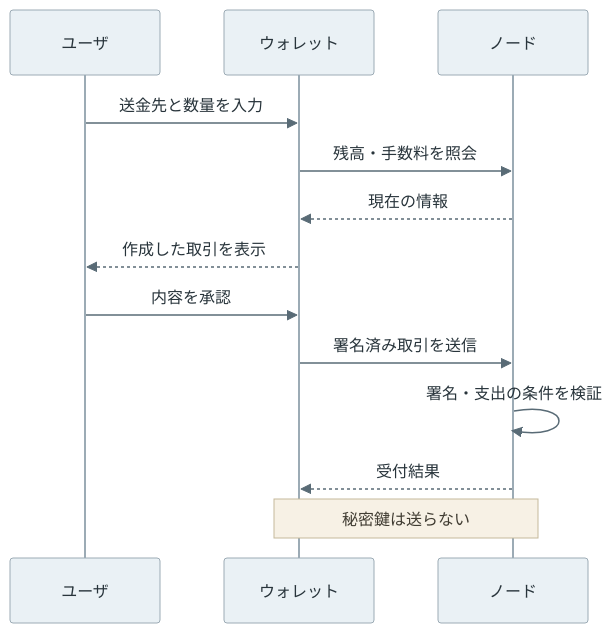
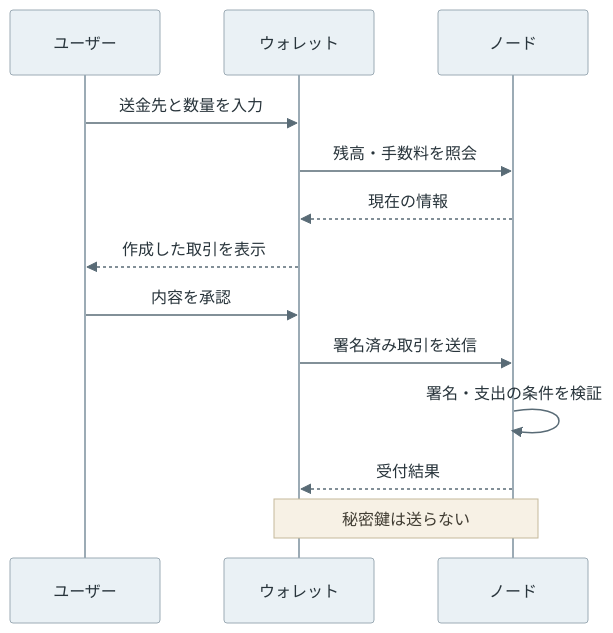
One commit to nao1215/debimate changed the third of 14 diagrams in content/notes/blockchain-systems/wallet/index.md. Above: the diagram before and after it, drawn with Mermaid. The commit also changed other lines of this file and 27 other files, not shown here.

````diff
--- a/content/notes/blockchain-systems/wallet/index.md
+++ b/content/notes/blockchain-systems/wallet/index.md
@@ -167,16 +167,16 @@
 ```mermaid
 %%{init: {"theme":"base","themeVariables":{"primaryColor":"#eaf1f5","primaryTextColor":"#28343b","primaryBorderColor":"#9cabb5","lineColor":"#596b76","textColor":"#28343b","actorBkg":"#eaf1f5","actorBorder":"#9cabb5","actorTextColor":"#28343b","actorLineColor":"#9cabb5","signalColor":"#596b76","signalTextColor":"#28343b","noteBkgColor":"#f7f1e5","noteBorderColor":"#c5b99b","noteTextColor":"#403c32","activationBkgColor":"#edf3ef","activationBorderColor":"#9aafa1"}}}%%
 sequenceDiagram
-    participant U as ユーザ
+    participant U as ユーザー
     participant W as ウォレット
     participant N as ノード
     U->>W: 送金先と数量を入力
     W->>N: 残高・手数料を照会
     N-->>W: 現在の情報
     W-->>U: 作成した取引を表示
     U->>W: 内容を承認
     W->>N: 署名済み取引を送信
     N->>N: 署名・支出の条件を検証
     N-->>W: 受付結果
     Note over W,N: 秘密鍵は送らない
 ```
````
